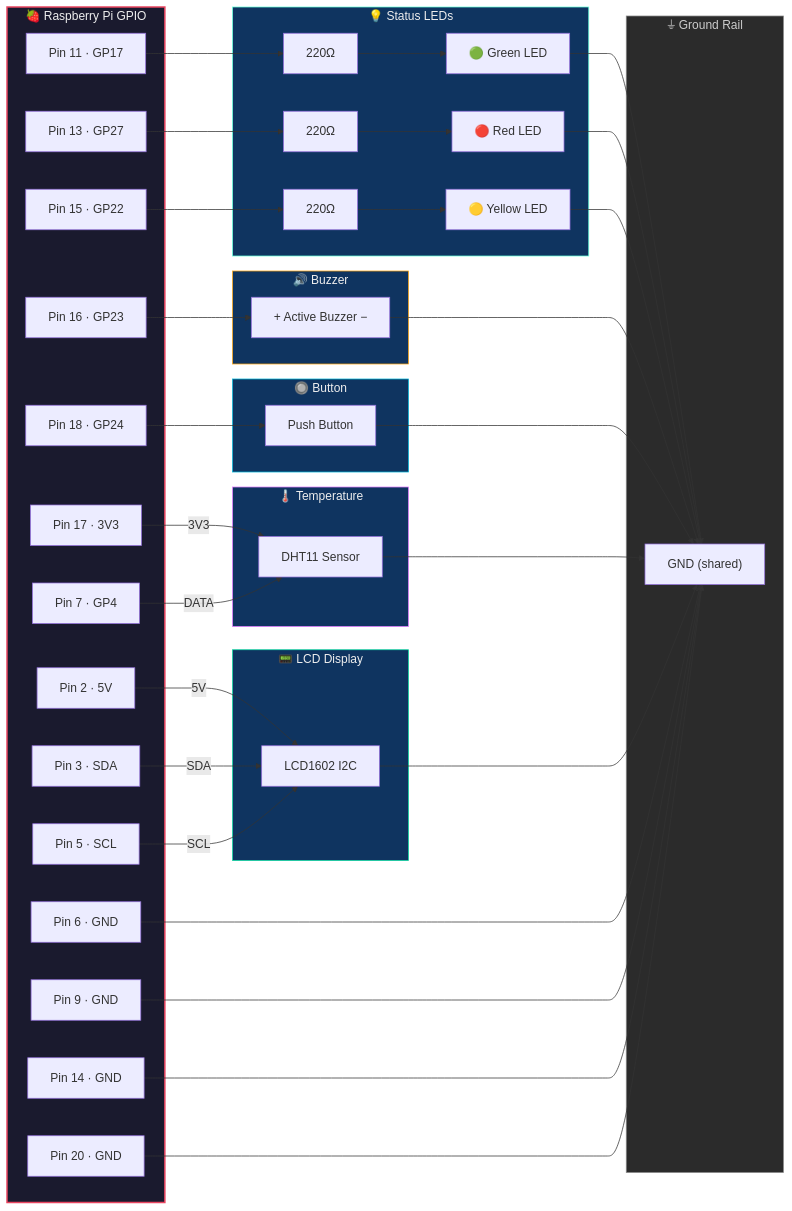
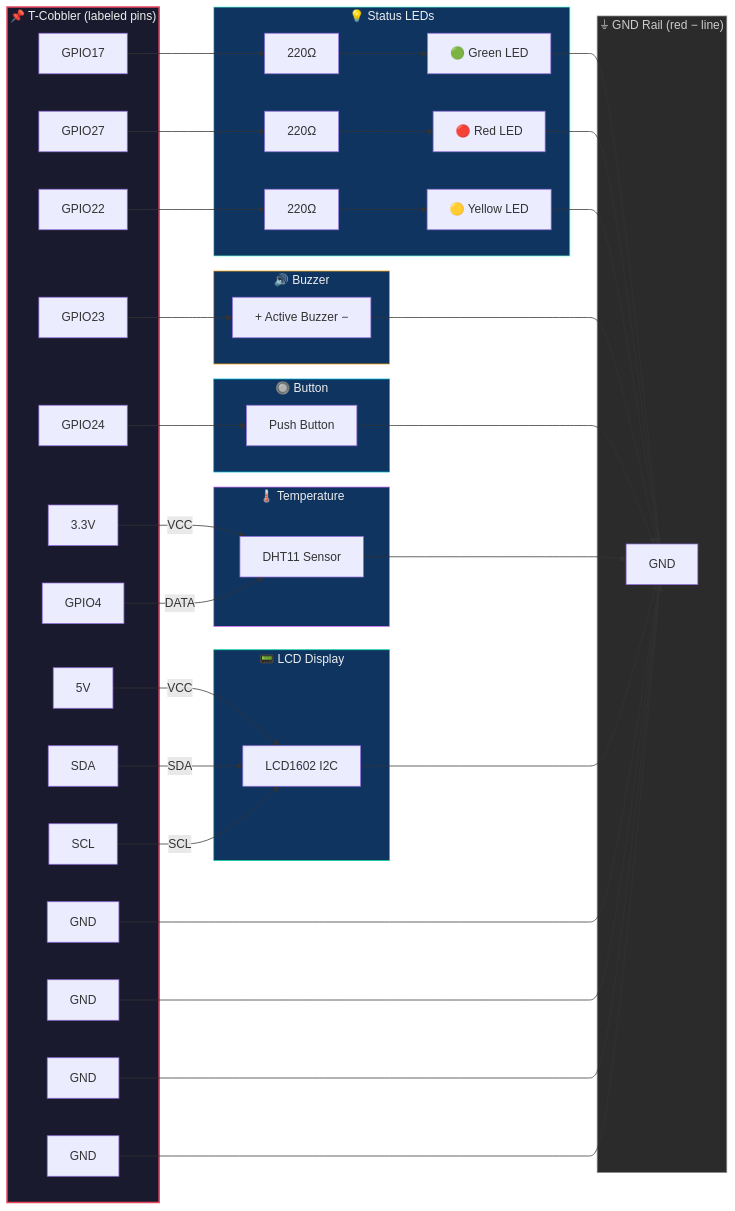
One commit to BigDawg013/clawpi-scout changed the second of 10 diagrams in docs/WIRING.md. Above: the diagram before and after it, drawn with Mermaid. The commit also changed other lines of this file, not shown here.

First line of the commit message:
Update WIRING.md with T-cobbler Mermaid diagrams

````diff
--- a/docs/WIRING.md
+++ b/docs/WIRING.md
@@ -22,80 +38,80 @@
 ```mermaid
 graph LR
-    subgraph PI["🍓 Raspberry Pi GPIO"]
-        P2["Pin 2 · 5V"]
-        P3["Pin 3 · SDA"]
-        P5["Pin 5 · SCL"]
-        P6["Pin 6 · GND"]
-        P7["Pin 7 · GP4"]
-        P9["Pin 9 · GND"]
-        P11["Pin 11 · GP17"]
-        P13["Pin 13 · GP27"]
-        P14["Pin 14 · GND"]
-        P15["Pin 15 · GP22"]
-        P16["Pin 16 · GP23"]
-        P17["Pin 17 · 3V3"]
-        P18["Pin 18 · GP24"]
-        P20["Pin 20 · GND"]
+    subgraph COB["📌 T-Cobbler (labeled pins)"]
+        GP17["GPIO17"]
+        GP27["GPIO27"]
+        GP22["GPIO22"]
+        GP23["GPIO23"]
+        GP24["GPIO24"]
+        GP4["GPIO4"]
+        V33A["3.3V"]
+        V5["5V"]
+        SDAP["SDA"]
+        SCLP["SCL"]
+        GND1["GND"]
+        GND2["GND"]
+        GND3["GND"]
+        GND4["GND"]
     end
 
     subgraph LEDS["💡 Status LEDs"]
         R1["220Ω"] --> G["🟢 Green LED"]
         R2["220Ω"] --> R["🔴 Red LED"]
         R3["220Ω"] --> Y["🟡 Yellow LED"]
     end
 
     subgraph AUDIO["🔊 Buzzer"]
         BZ["+  Active Buzzer  −"]
     end
 
     subgraph INPUT["🔘 Button"]
         BTN["Push Button"]
     end
 
     subgraph SENSOR["🌡️ Temperature"]
         DHT["DHT11 Sensor"]
     end
 
     subgraph DISPLAY["📟 LCD Display"]
         LCD["LCD1602 I2C"]
     end
 
-    subgraph GND_RAIL["⏚ Ground Rail"]
-        GROUND["GND (shared)"]
+    subgraph RAIL["⏚ GND Rail (red − line)"]
+        GROUND["GND"]
     end
 
-    P11 --> R1
-    P13 --> R2
-    P15 --> R3
+    GP17 --> R1
+    GP27 --> R2
+    GP22 --> R3
     G --> GROUND
     R --> GROUND
     Y --> GROUND
 
-    P16 --> BZ
+    GP23 --> BZ
     BZ --> GROUND
 
-    P18 --> BTN
+    GP24 --> BTN
     BTN --> GROUND
 
-    P17 -->|"3V3"| DHT
-    P7 -->|"DATA"| DHT
+    V33A -->|"VCC"| DHT
+    GP4 -->|"DATA"| DHT
     DHT --> GROUND
 
-    P2 -->|"5V"| LCD
-    P3 -->|"SDA"| LCD
-    P5 -->|"SCL"| LCD
+    V5 -->|"VCC"| LCD
+    SDAP -->|"SDA"| LCD
+    SCLP -->|"SCL"| LCD
     LCD --> GROUND
 
-    P6 --> GROUND
-    P9 --> GROUND
-    P14 --> GROUND
-    P20 --> GROUND
+    GND1 --> GROUND
+    GND2 --> GROUND
+    GND3 --> GROUND
+    GND4 --> GROUND
 
-    style PI fill:#1a1a2e,stroke:#e94560,color:#eee,stroke-width:2px
+    style COB fill:#1a1a2e,stroke:#e94560,color:#eee,stroke-width:2px
     style LEDS fill:#0f3460,stroke:#64ffda,color:#eee
     style AUDIO fill:#0f3460,stroke:#fca311,color:#eee
     style INPUT fill:#0f3460,stroke:#00b4d8,color:#eee
     style SENSOR fill:#0f3460,stroke:#e07aff,color:#eee
     style DISPLAY fill:#0f3460,stroke:#06d6a0,color:#eee
-    style GND_RAIL fill:#2b2b2b,stroke:#888,color:#ccc
+    style RAIL fill:#2b2b2b,stroke:#888,color:#ccc
 ```
````
